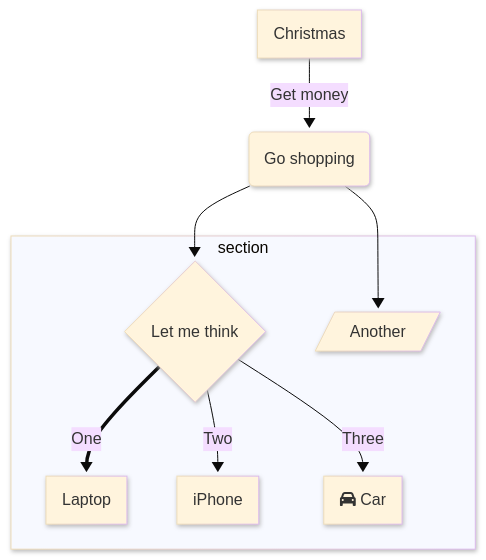
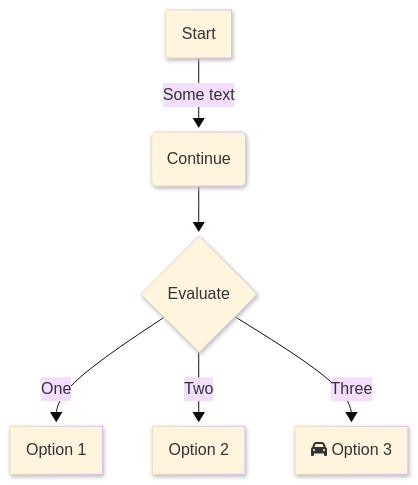
Before and after one commit to end2endzone/end2endzone-hugo: diagram 24 of 25 in content/blog/1900-01-01-test-mermaid.md, drawn with Mermaid (base theme). The commit also changed other lines of this file and 1 other file, not shown here.

Commit message:
Extending mermaid theme 'forest' for compatibility with site's background color.

````diff
--- a/content/blog/1900-01-01-test-mermaid.md
+++ b/content/blog/1900-01-01-test-mermaid.md
@@ -289,20 +354,12 @@
 ```mermaid
 ---
 config:
   look: neo
 ---
-graph TD
-  A[Christmas] -->|Get money| B(Go shopping)
-  B --> C{Let me think}
-  B --> G[/Another/]
-  C ==>|One| D[Laptop]
-  C -->|Two| E[iPhone]
-  C -->|Three| F[fa:fa-car Car]
-  subgraph section
-    C
-    D
-    E
-    F
-    G
-  end
+flowchart TB
+  A[Start] --Some text--> B(Continue)
+  B --> C{Evaluate}
+  C -- One --> D[Option 1]
+  C -- Two --> E[Option 2]
+  C -- Three --> F[fa:fa-car Option 3]
 ```
````
